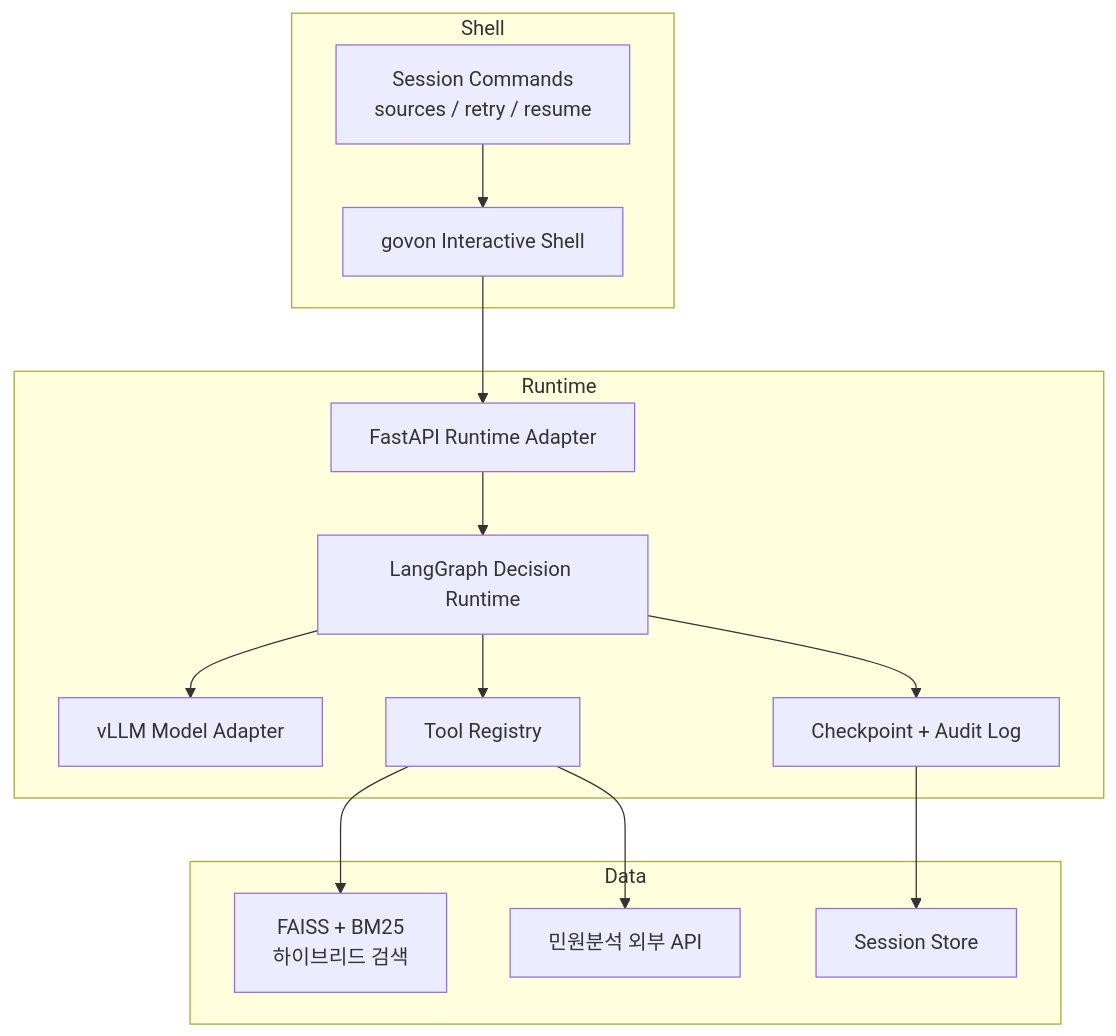
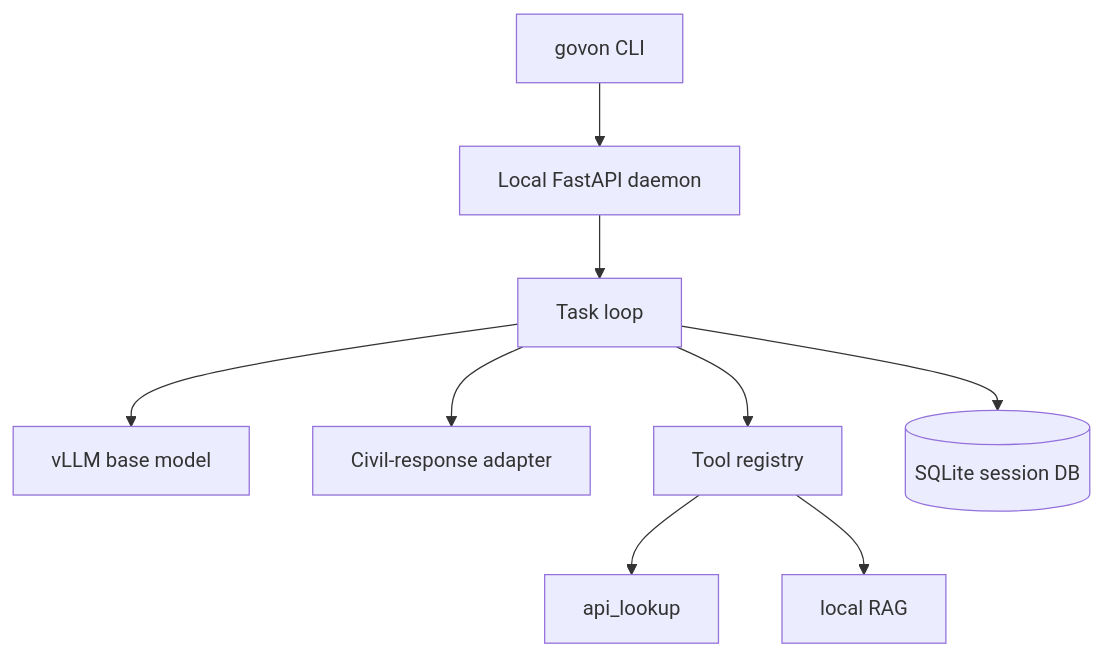
One commit to yuujjjj/AIOSS_GovOn changed the diagram in README.md. Above: the diagram before and after it, drawn with Mermaid. The commit also changed other lines of this file and 39 other files, not shown here.

````diff
--- a/README.md
+++ b/README.md
@@ -68,31 +40,11 @@
 ```mermaid
-graph TB
-    subgraph Shell
-        A[govon Interactive Shell]
-        B[Session Commands<br/>sources / retry / resume]
-    end
-
-    subgraph Runtime
-        C[FastAPI Runtime Adapter]
-        D[LangGraph Decision Runtime]
-        E[vLLM Model Adapter]
-        F[Tool Registry]
-        G[Checkpoint + Audit Log]
-    end
-
-    subgraph Data
-        H[FAISS + BM25<br/>하이브리드 검색]
-        I[민원분석 외부 API]
-        J[Session Store]
-    end
-
-    A --> C
-    B --> A
-    C --> D
-    D --> E
-    D --> F
-    F --> H
-    F --> I
-    D --> G
-    G --> J
+graph TD
+    A[govon CLI] --> B[Local FastAPI daemon]
+    B --> C[Task loop]
+    C --> D[vLLM base model]
+    C --> E[Civil-response adapter]
+    C --> F[Tool registry]
+    C --> G[(SQLite session DB)]
+    F --> H[api_lookup]
+    F --> I[local RAG]
 ```
````
